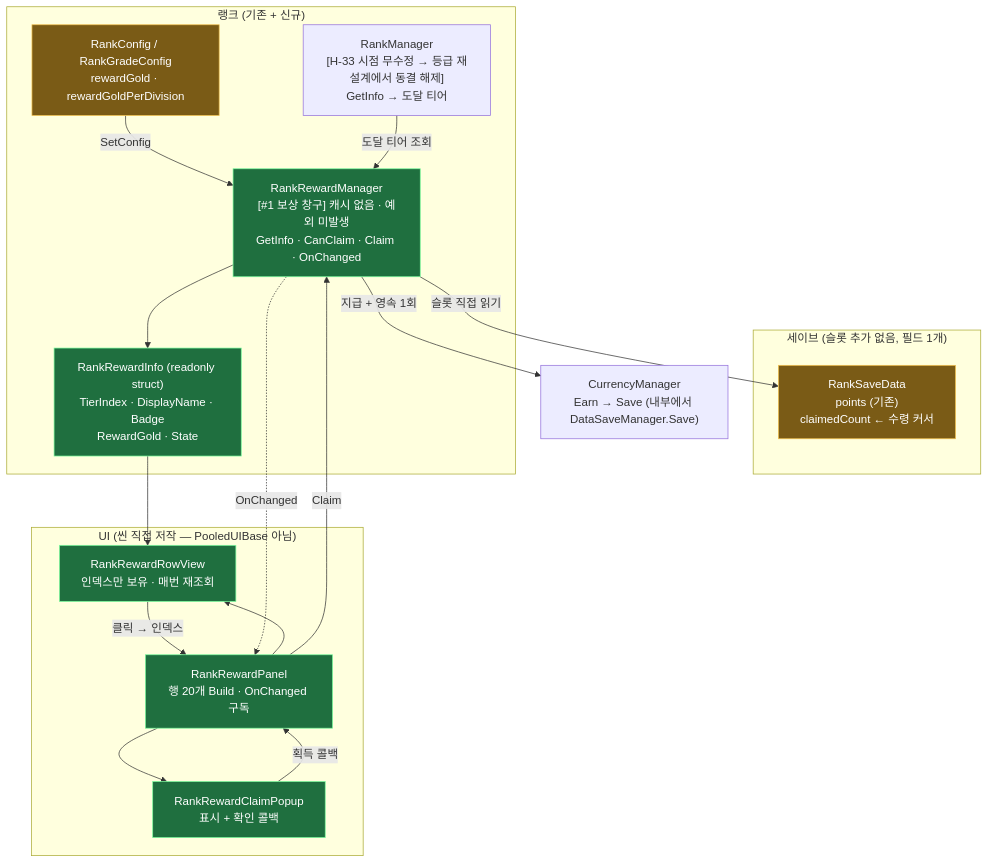
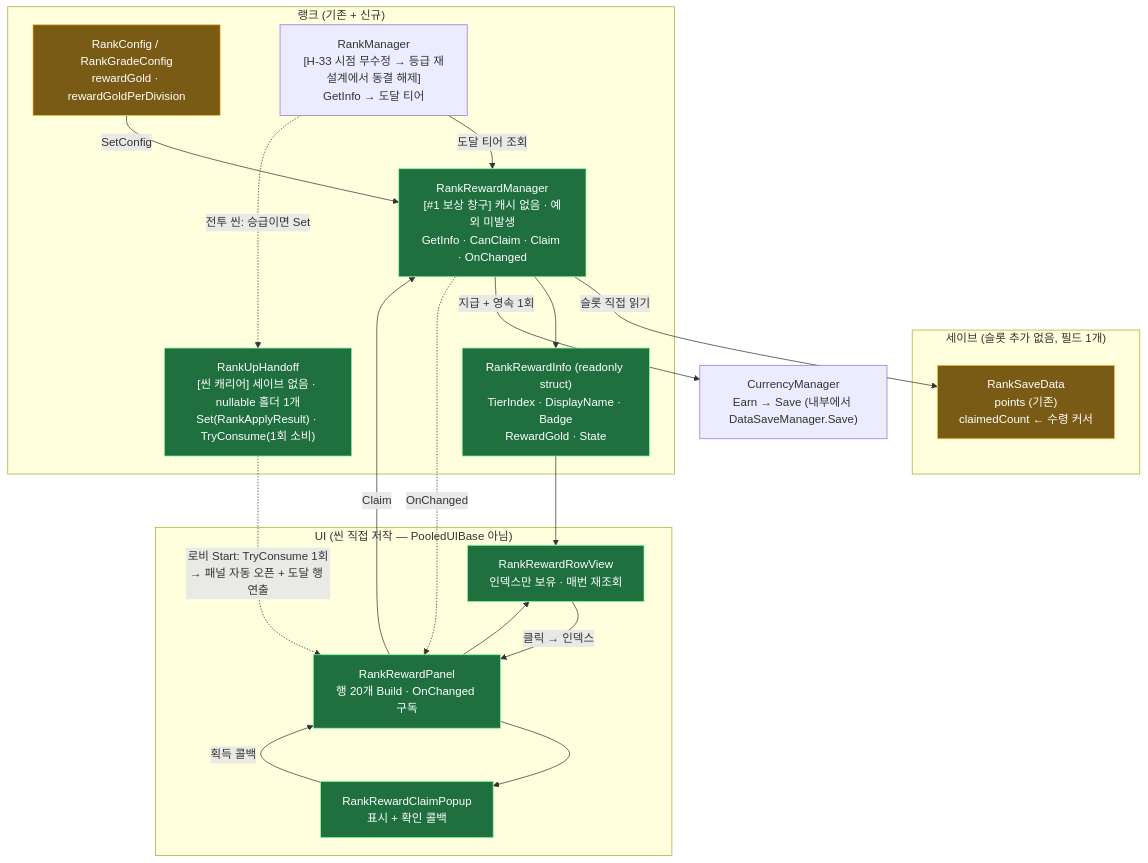
Before and after one commit to hspark-maker/TeamfightTCG_Migriation: diagram 18 of 18 in docs/OutGamePlan/STRUCTURE.md, drawn with Mermaid. The commit also changed other lines of this file and 37 other files, not shown here.

````diff
--- a/docs/OutGamePlan/STRUCTURE.md
+++ b/docs/OutGamePlan/STRUCTURE.md
@@ -969,37 +973,40 @@
 ```mermaid
 flowchart TD
     subgraph save["세이브 (슬롯 추가 없음, 필드 1개)"]
         RSD["RankSaveData<br/>points (기존)<br/>claimedCount ← 수령 커서"]:::chg
     end
 
     subgraph rank["랭크 (기존 + 신규)"]
         CFG["RankConfig / RankGradeConfig<br/>rewardGold · rewardGoldPerDivision"]:::chg
         MGR["RankManager<br/>[H-33 시점 무수정 → 등급 재설계에서 동결 해제]<br/>GetInfo → 도달 티어"]
         RMGR["RankRewardManager<br/>[#1 보상 창구] 캐시 없음 · 예외 미발생<br/>GetInfo · CanClaim · Claim · OnChanged"]:::new
         INFO["RankRewardInfo (readonly struct)<br/>TierIndex · DisplayName · Badge<br/>RewardGold · State"]:::new
+        HAND["RankUpHandoff<br/>[씬 캐리어] 세이브 없음 · nullable 홀더 1개<br/>Set(RankApplyResult) · TryConsume(1회 소비)"]:::new
     end
 
     subgraph ui["UI (씬 직접 저작 — PooledUIBase 아님)"]
         PANEL["RankRewardPanel<br/>행 20개 Build · OnChanged 구독"]:::new
         ROW["RankRewardRowView<br/>인덱스만 보유 · 매번 재조회"]:::new
         POP["RankRewardClaimPopup<br/>표시 + 확인 콜백"]:::new
     end
 
     CUR["CurrencyManager<br/>Earn → Save (내부에서 DataSaveManager.Save)"]
 
     RMGR -->|"슬롯 직접 읽기"| RSD
     CFG -->|SetConfig| RMGR
     MGR -->|"도달 티어 조회"| RMGR
     RMGR --> INFO
     INFO --> ROW
     PANEL --> ROW
     ROW -->|"클릭 → 인덱스"| PANEL
     PANEL --> POP
     POP -->|"획득 콜백"| PANEL
     PANEL -->|Claim| RMGR
     RMGR -->|"지급 + 영속 1회"| CUR
     RMGR -.->|OnChanged| PANEL
+    MGR -.->|"전투 씬: 승급이면 Set"| HAND
+    HAND -.->|"로비 Start: TryConsume 1회<br/>→ 패널 자동 오픈 + 도달 행 연출"| PANEL
 
     classDef new fill:#1f6f3f,stroke:#7CFC9E,color:#fff;
     classDef chg fill:#7a5b16,stroke:#f2c14e,color:#fff;
 ```
````
